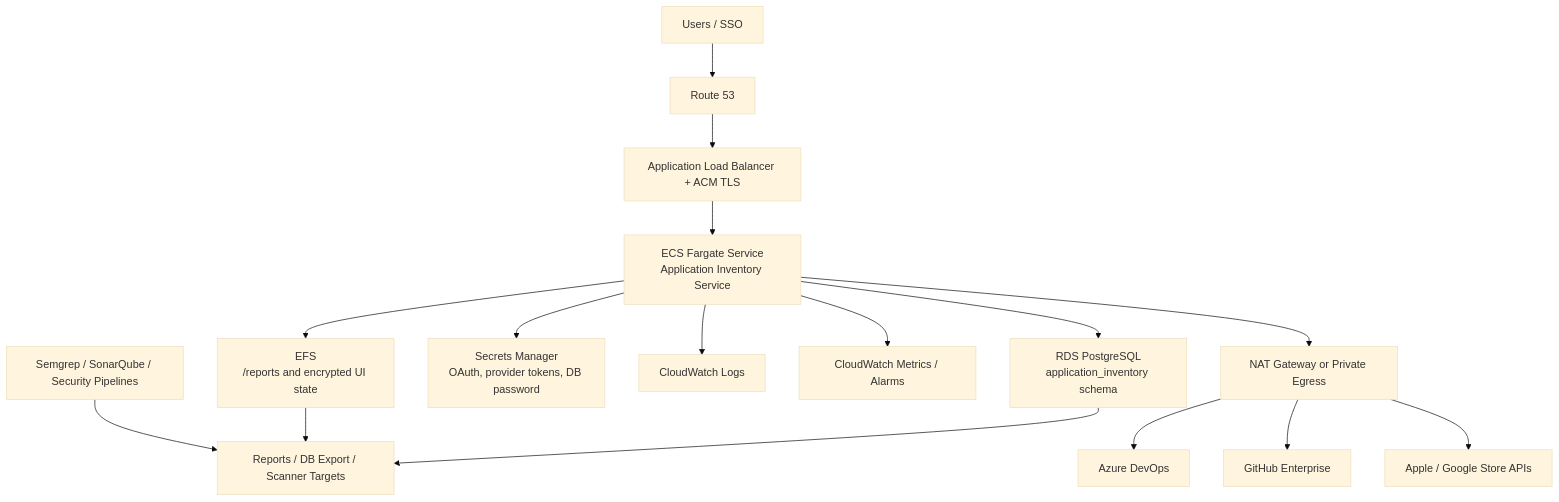
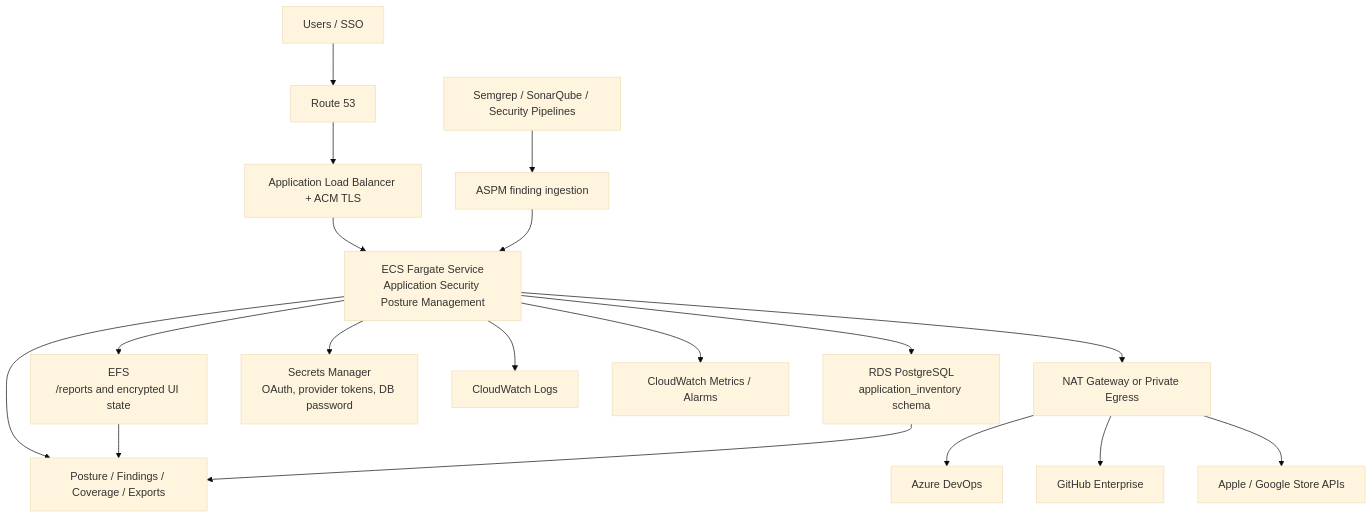
Before and after one commit to h0p3sf4ll/application-inventory-service: the diagram in docs/AWS_DEPLOYMENT.md, drawn with Mermaid (base theme). The commit also changed other lines of this file and 40 other files, not shown here.

Commit message:
feat: add application security posture management

````diff
--- a/docs/AWS_DEPLOYMENT.md
+++ b/docs/AWS_DEPLOYMENT.md
@@ -9,21 +9,23 @@
 ```mermaid
 flowchart TB
   Users["Users / SSO"] --> Route53["Route 53"]
   Route53 --> ALB["Application Load Balancer + ACM TLS"]
-  ALB --> ECS["ECS Fargate Service\nApplication Inventory Service"]
+  ALB --> ECS["ECS Fargate Service\nApplication Security Posture Management"]
 
   ECS --> EFS["EFS\n/reports and encrypted UI state"]
   ECS --> RDS["RDS PostgreSQL\napplication_inventory schema"]
   ECS --> Secrets["Secrets Manager\nOAuth, provider tokens, DB password"]
   ECS --> Logs["CloudWatch Logs"]
   ECS --> Metrics["CloudWatch Metrics / Alarms"]
 
   ECS --> NAT["NAT Gateway or Private Egress"]
   NAT --> ADO["Azure DevOps"]
   NAT --> GHE["GitHub Enterprise"]
   NAT --> Stores["Apple / Google Store APIs"]
 
-  Scanners["Semgrep / SonarQube / Security Pipelines"] --> Reports["Reports / DB Export / Scanner Targets"]
+  Scanners["Semgrep / SonarQube / Security Pipelines"] --> Ingestion["ASPM finding ingestion"]
+  Ingestion --> ECS
+  ECS --> Reports["Posture / Findings / Coverage / Exports"]
   EFS --> Reports
   RDS --> Reports
 ```
````
